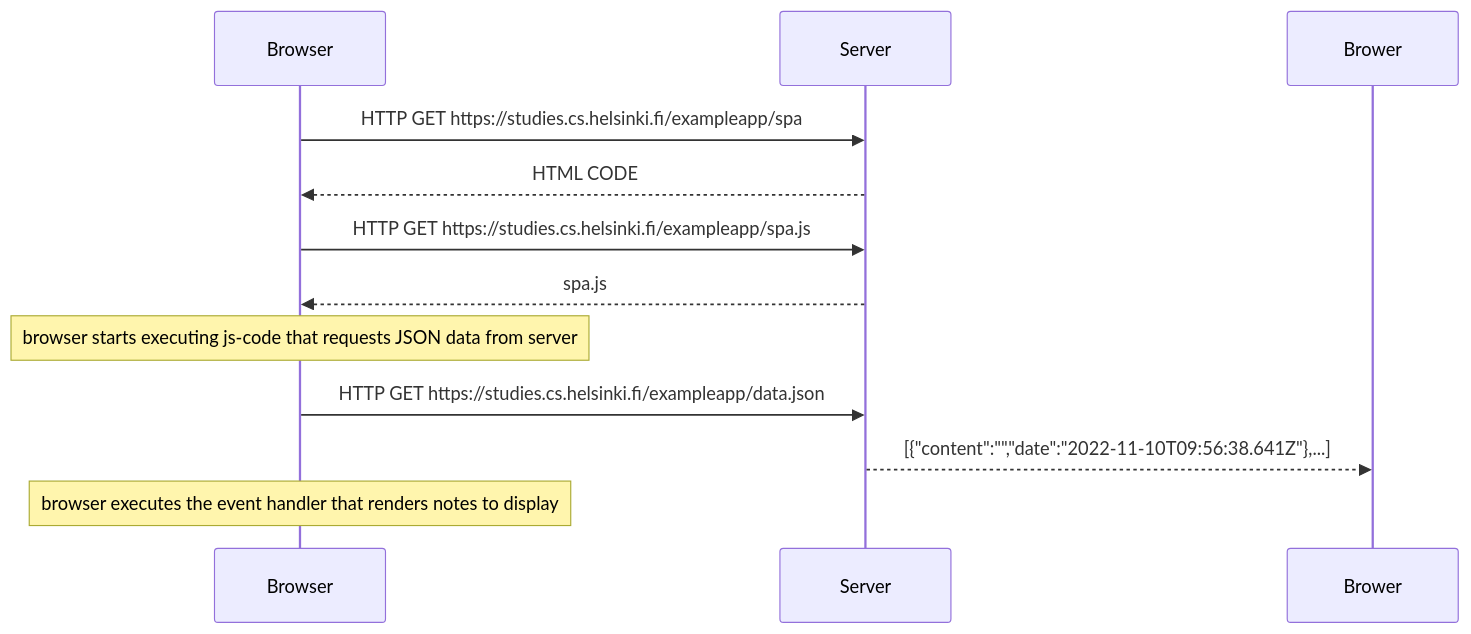
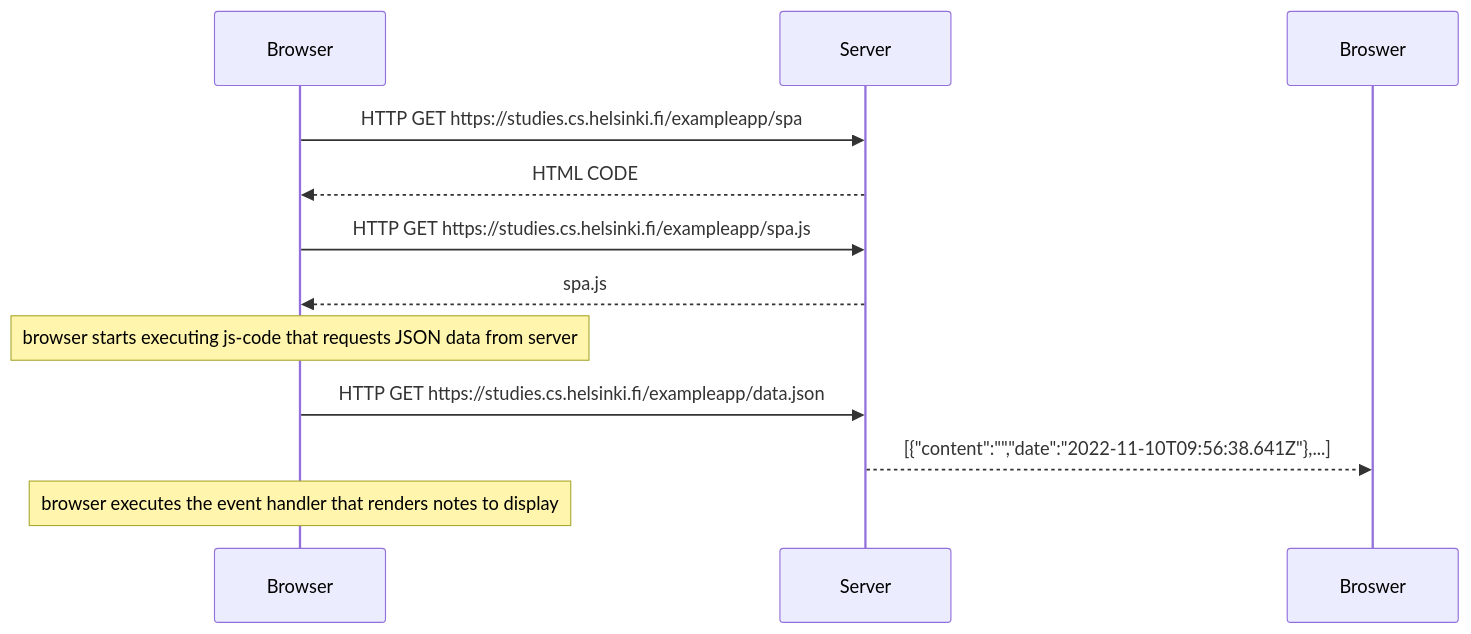
The diagram in part0/0.5 single page app.md (zerohk/fullstackopen-2022), drawn with Mermaid before and after one commit.

Commit message:
Update 0.5 single page app.md

````diff
--- a/part0/0.5 single page app.md
+++ b/part0/0.5 single page app.md
@@ -1,13 +1,13 @@
 ```mermaid
 sequenceDiagram
 Browser ->> Server : HTTP GET https://studies.cs.helsinki.fi/exampleapp/spa
 Server -->> Browser : HTML CODE
 Browser ->> Server : HTTP GET https://studies.cs.helsinki.fi/exampleapp/spa.js
 Server -->> Browser : spa.js
 note over Browser : browser starts executing js-code that requests JSON data from server 
 Browser ->> Server : HTTP GET https://studies.cs.helsinki.fi/exampleapp/data.json
-Server -->> Brower : [{"content":"","date":"2022-11-10T09:56:38.641Z"},...]
+Server -->> Broswer : [{"content":"","date":"2022-11-10T09:56:38.641Z"},...]
 note over Browser : browser executes the event handler that renders notes to display
 
 
 ```
````
